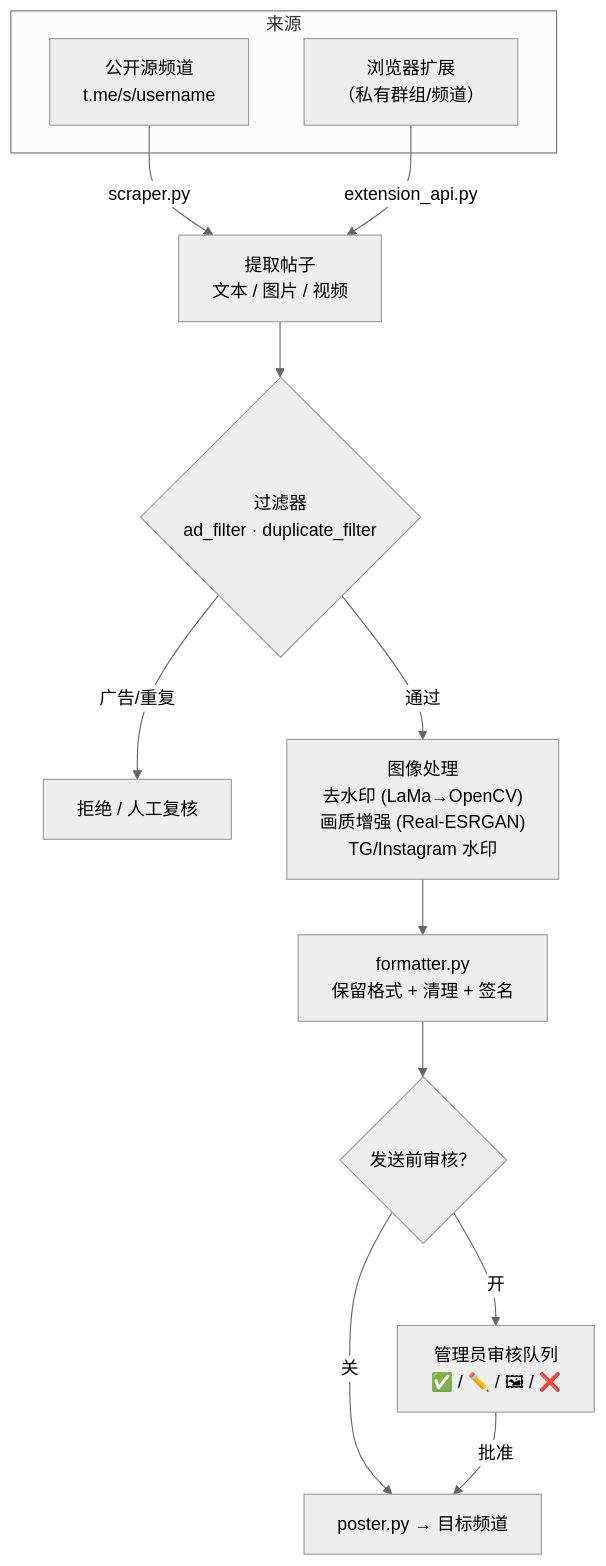
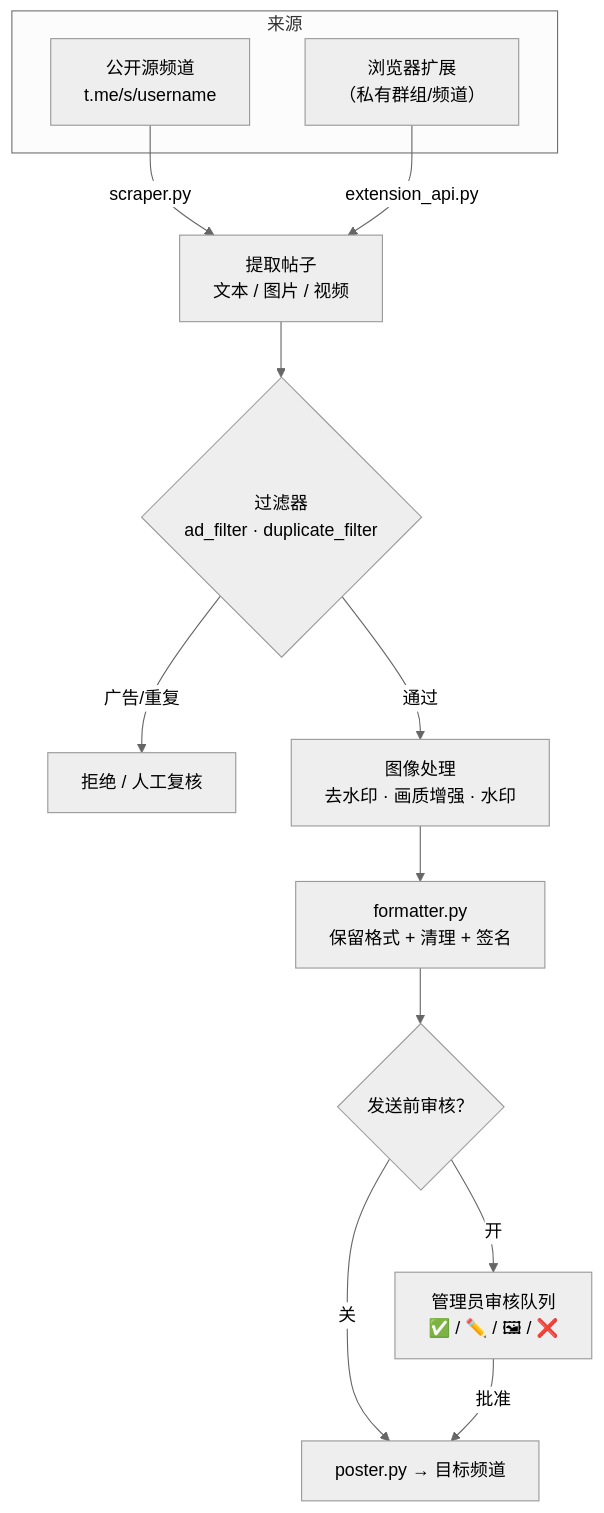
Before and after one commit to LiQTeam/telegram-repost: the diagram in README.zh_CN.md, drawn with Mermaid (neutral theme). The commit also changed other lines of this file and 7 other files, not shown here.

````diff
--- a/README.zh_CN.md
+++ b/README.zh_CN.md
@@ -129,17 +128,17 @@
 ```mermaid
 flowchart TD
     subgraph SRC["来源"]
         A["公开源频道<br/>t.me/s/username"]
         EXT["浏览器扩展<br/>（私有群组/频道）"]
     end
     A -->|scraper.py| P["提取帖子<br/>文本 / 图片 / 视频"]
     EXT -->|extension_api.py| P
     P --> F{"过滤器<br/>ad_filter · duplicate_filter"}
     F -->|广告/重复| X["拒绝 / 人工复核"]
-    F -->|通过| IMG["图像处理<br/>去水印 (LaMa→OpenCV)<br/>画质增强 (Real-ESRGAN)<br/>TG/Instagram 水印"]
+    F -->|通过| IMG["图像处理<br/>去水印 · 画质增强 · 水印"]
     IMG --> FMT["formatter.py<br/>保留格式 + 清理 + 签名"]
     FMT --> Q{"发送前审核？"}
     Q -->|开| REV["管理员审核队列<br/>✅ / ✏️ / 🖼 / ❌"]
     Q -->|关| OUT["poster.py → 目标频道"]
     REV -->|批准| OUT
 ```
````
